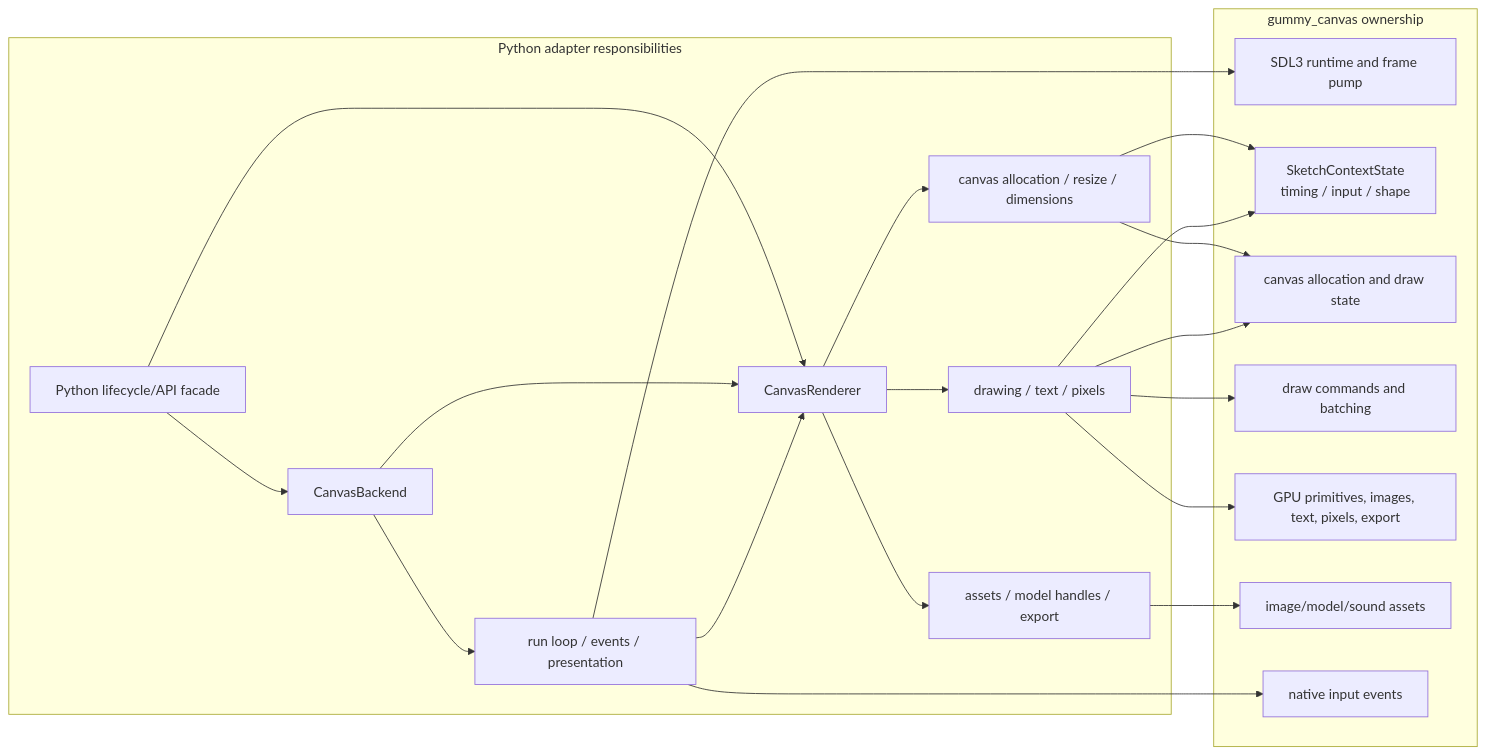
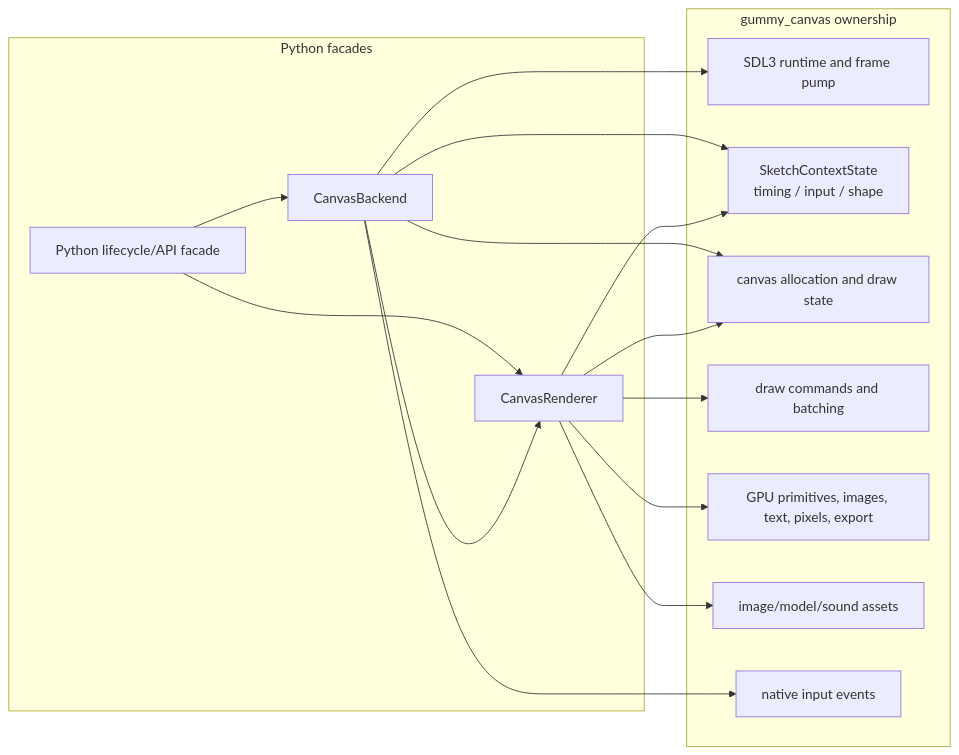
One commit to JonathanHHenson/gummy_snake changed the first of 2 diagrams in docs/contribute/backend_renderer.md. Above: the diagram before and after it, drawn with Mermaid. The commit also changed 1 other file, not shown here.

Commit message:
Clarify backend and renderer ownership in docs

````diff
--- a/docs/contribute/backend_renderer.md
+++ b/docs/contribute/backend_renderer.md
@@ -6,40 +6,31 @@
 ```mermaid
 flowchart LR
-    subgraph Python["Python adapter responsibilities"]
+    subgraph Python["Python facades"]
         ApiFacade[Python lifecycle/API facade]
         Backend[CanvasBackend]
         Renderer[CanvasRenderer]
-        RuntimeAdapter[run loop / events / presentation]
-        CanvasAdapter[canvas allocation / resize / dimensions]
-        DrawAdapter[drawing / text / pixels]
-        AssetAdapter[assets / model handles / export]
     end
 
     subgraph Rust["gummy_canvas ownership"]
         Runtime[SDL3 runtime and frame pump]
         ContextState[SketchContextState<br/>timing / input / shape]
         Canvas[canvas allocation and draw state]
         Commands[draw commands and batching]
         Drawing[GPU primitives, images, text, pixels, export]
         Assets[image/model/sound assets]
         Events[native input events]
     end
 
     ApiFacade --> Backend
     ApiFacade --> Renderer
     Backend --> Renderer
-    Backend --> RuntimeAdapter
-    RuntimeAdapter --> Renderer
-    Renderer --> CanvasAdapter
-    Renderer --> DrawAdapter
-    Renderer --> AssetAdapter
-    RuntimeAdapter --> Runtime
-    RuntimeAdapter --> Events
-    CanvasAdapter --> ContextState
-    DrawAdapter --> ContextState
-    CanvasAdapter --> Canvas
-    DrawAdapter --> Canvas
-    DrawAdapter --> Commands
-    DrawAdapter --> Drawing
-    AssetAdapter --> Assets
+    Backend --> Runtime
+    Backend --> Events
+    Backend --> ContextState
+    Backend --> Canvas
+    Renderer --> ContextState
+    Renderer --> Canvas
+    Renderer --> Commands
+    Renderer --> Drawing
+    Renderer --> Assets
 ```
````
